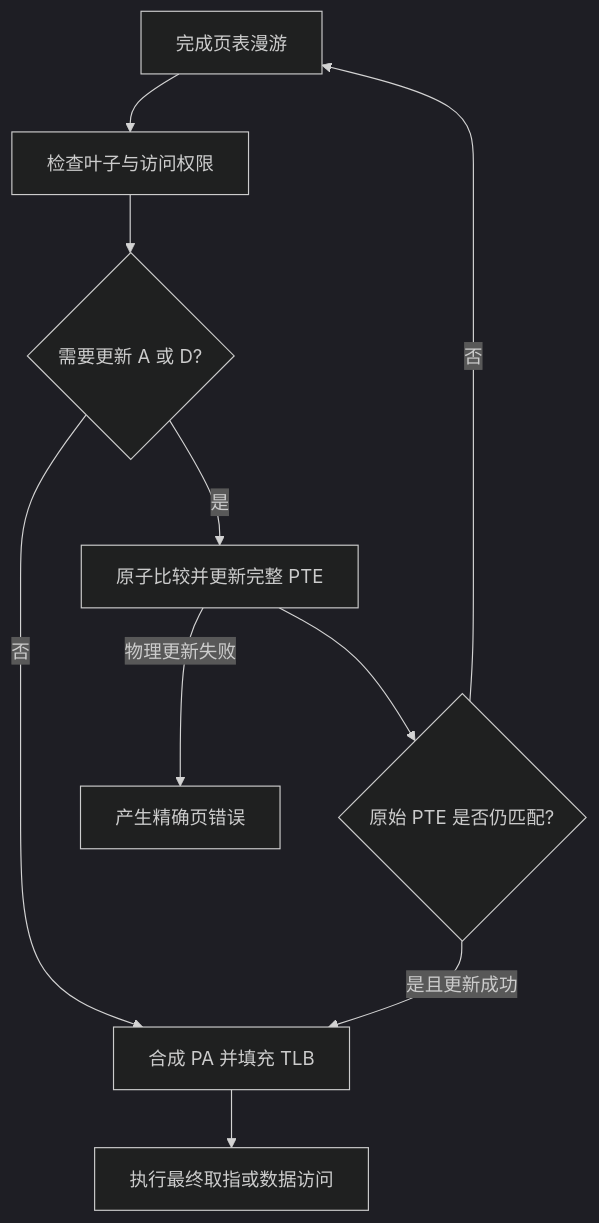
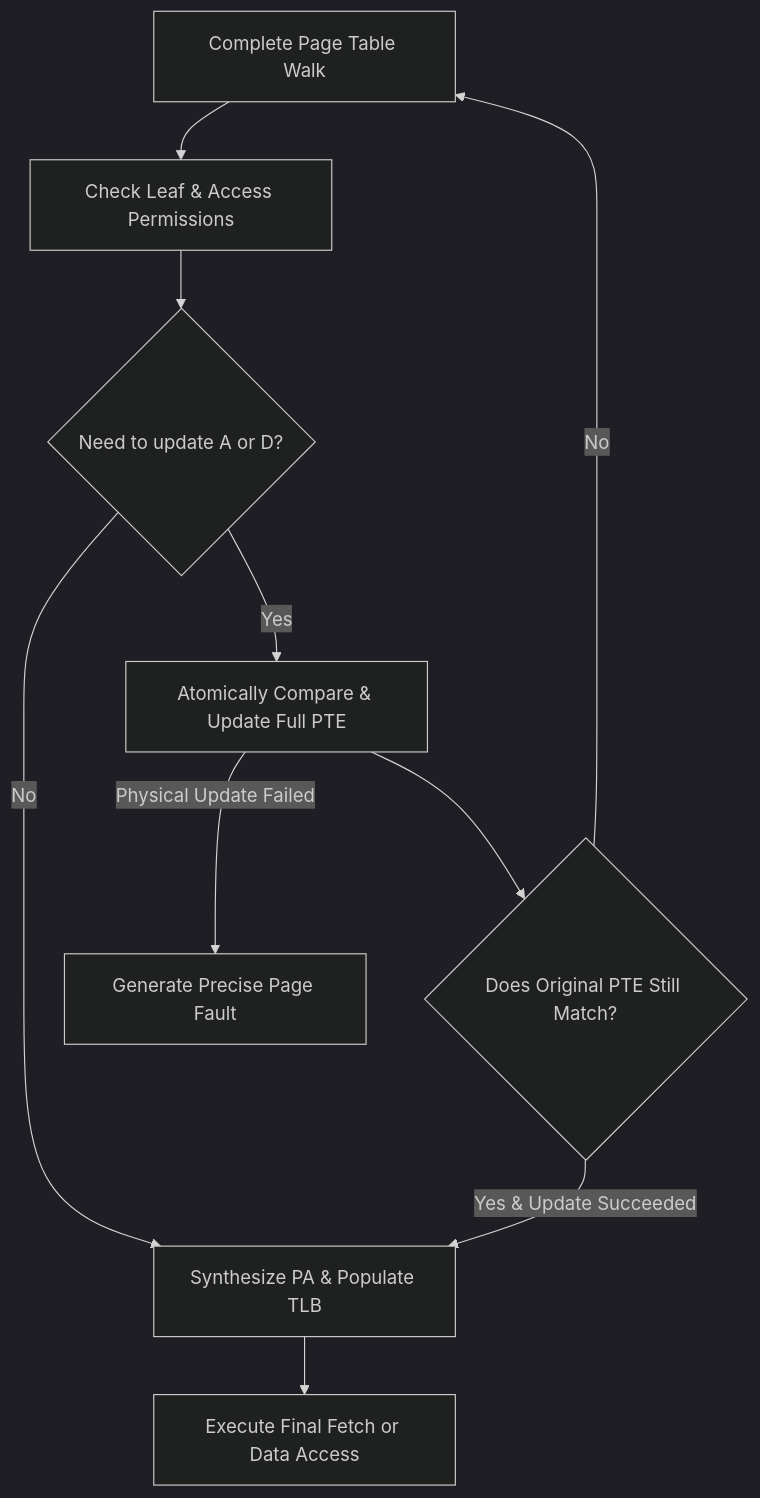
Before and after one commit to billzi2016/homemade-risc-v-64-vector-linux-emulator: the diagram in specs/05-memory-mmu-sv39.md, drawn with Mermaid (dark theme). The commit also changed other lines of this file and 44 other files, not shown here.

````diff
--- a/specs/05-memory-mmu-sv39.md
+++ b/specs/05-memory-mmu-sv39.md
@@ -73,12 +73,12 @@
 ```mermaid
 flowchart TD
-    A[完成页表漫游] --> B[检查叶子与访问权限]
-    B --> C{需要更新 A 或 D?}
-    C -- 否 --> G[合成 PA 并填充 TLB]
-    C -- 是 --> D[原子比较并更新完整 PTE]
-    D --> E{原始 PTE 是否仍匹配?}
-    E -- 否 --> A
-    E -- 是且更新成功 --> G
-    D -->|物理更新失败| F[产生精确页错误]
-    G --> H[执行最终取指或数据访问]
+    A[Complete Page Table Walk] --> B[Check Leaf & Access Permissions]
+    B --> C{Need to update A or D?}
+    C -- No --> G[Synthesize PA & Populate TLB]
+    C -- Yes --> D[Atomically Compare & Update Full PTE]
+    D --> E{Does Original PTE Still Match?}
+    E -- No --> A
+    E -- Yes & Update Succeeded --> G
+    D -->|Physical Update Failed| F[Generate Precise Page Fault]
+    G --> H[Execute Final Fetch or Data Access]
 ```
````
